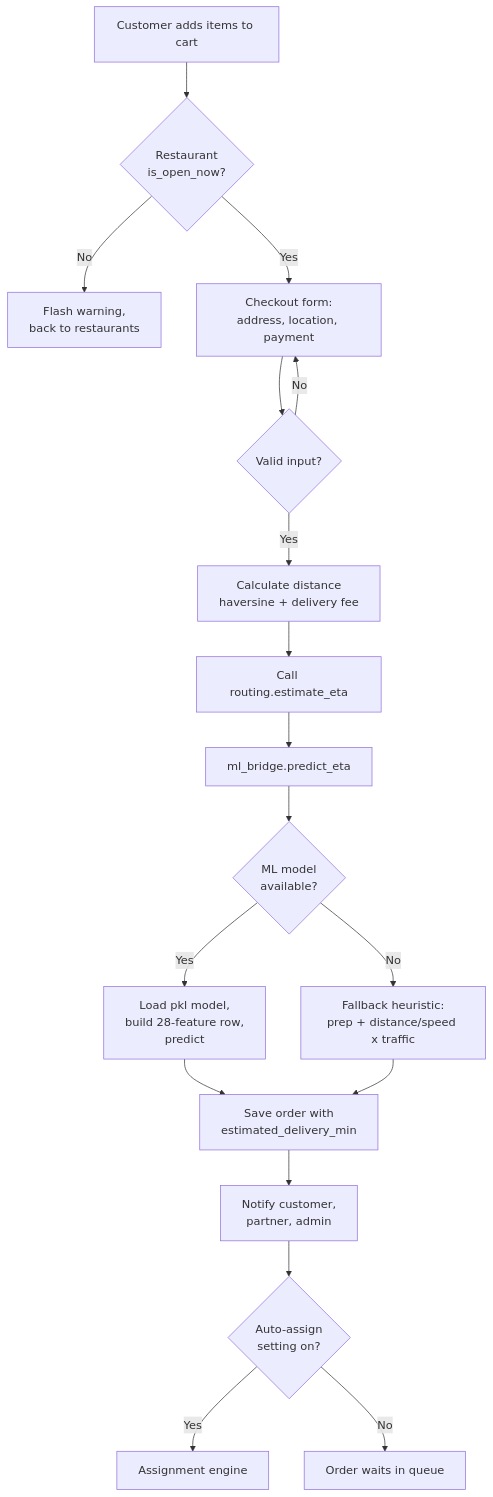
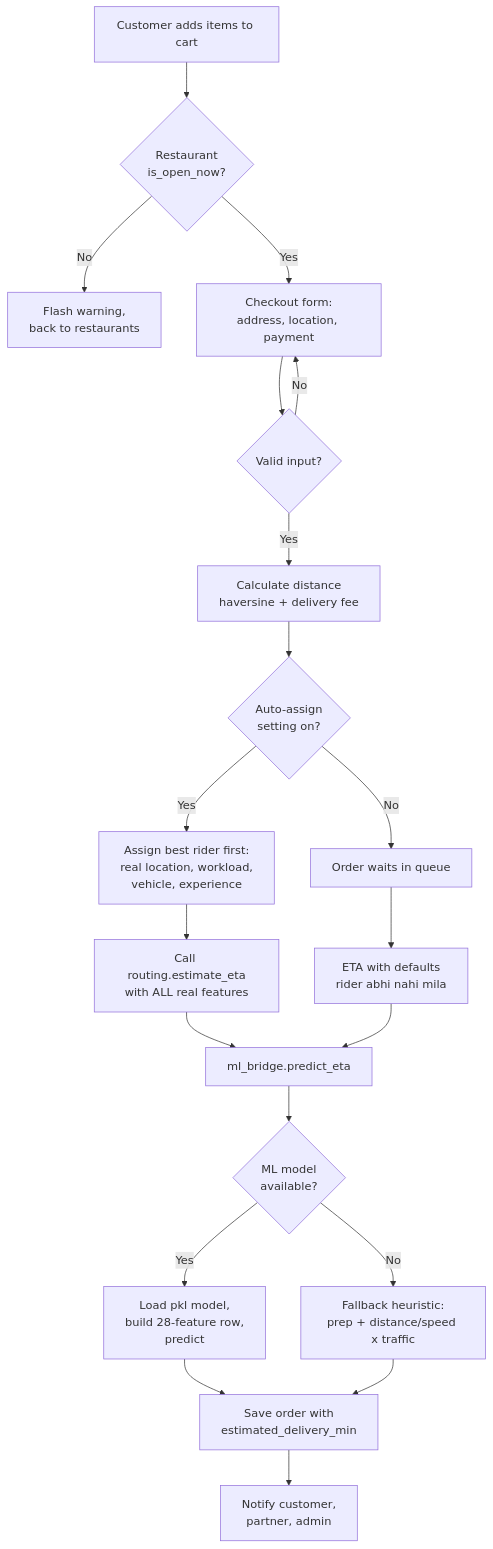
The first of 5 diagrams in docs/documentation/Flowcharts.md (usmankhankolachi499/Food-Optimization-End-to-End-Real-world-Project), drawn with Mermaid before and after one commit. The commit also changed 17 other files, not shown here.

````diff
--- a/docs/documentation/Flowcharts.md
+++ b/docs/documentation/Flowcharts.md
@@ -5,20 +5,22 @@
 ```mermaid
 flowchart TD
     A[Customer adds items to cart] --> B{Restaurant<br/>is_open_now?}
     B -- No --> Z[Flash warning,<br/>back to restaurants]
     B -- Yes --> C[Checkout form:<br/>address, location, payment]
     C --> D{Valid input?}
     D -- No --> C
     D -- Yes --> E[Calculate distance<br/>haversine + delivery fee]
-    E --> F[Call routing.estimate_eta]
+    E --> P{Auto-assign<br/>setting on?}
+    P -- Yes --> Q[Assign best rider first:<br/>real location, workload,<br/>vehicle, experience]
+    P -- No --> R[Order waits in queue]
+    Q --> F[Call routing.estimate_eta<br/>with ALL real features]
+    R --> F2[ETA with defaults<br/>rider abhi nahi mila]
     F --> G[ml_bridge.predict_eta]
+    F2 --> G
     G --> H{ML model<br/>available?}
     H -- Yes --> I[Load pkl model,<br/>build 28-feature row,<br/>predict]
     H -- No --> J[Fallback heuristic:<br/>prep + distance/speed x traffic]
     I --> K[Save order with<br/>estimated_delivery_min]
     J --> K
     K --> L[Notify customer,<br/>partner, admin]
-    L --> M{Auto-assign<br/>setting on?}
-    M -- Yes --> N[Assignment engine]
-    M -- No --> O[Order waits in queue]
 ```
````
